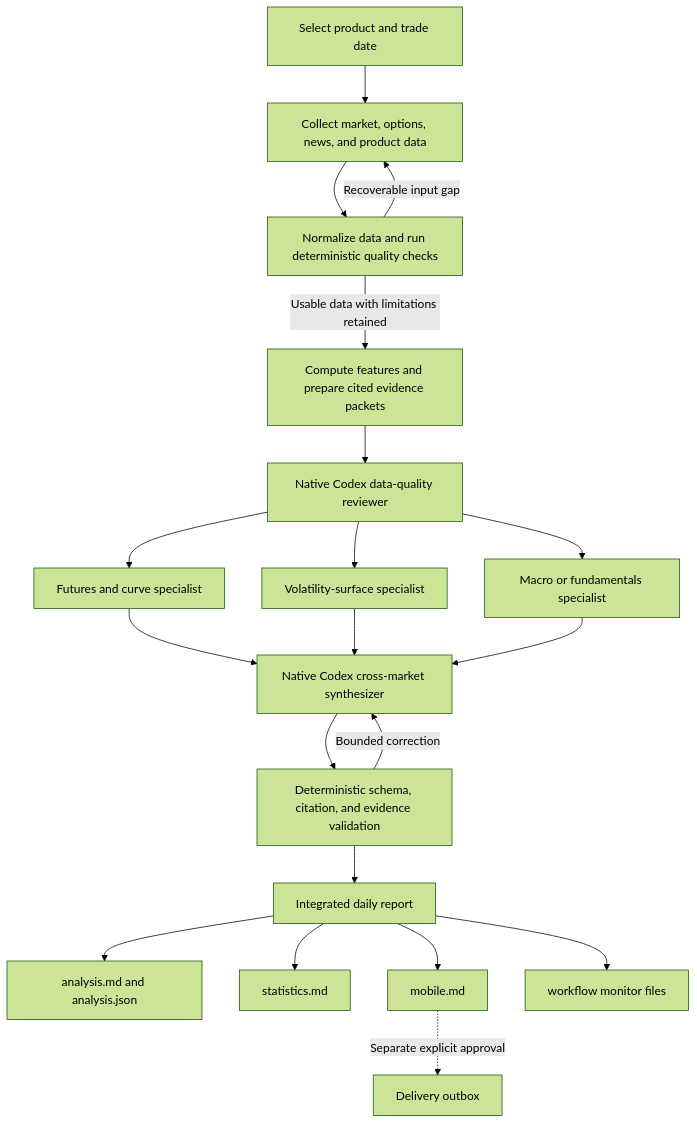
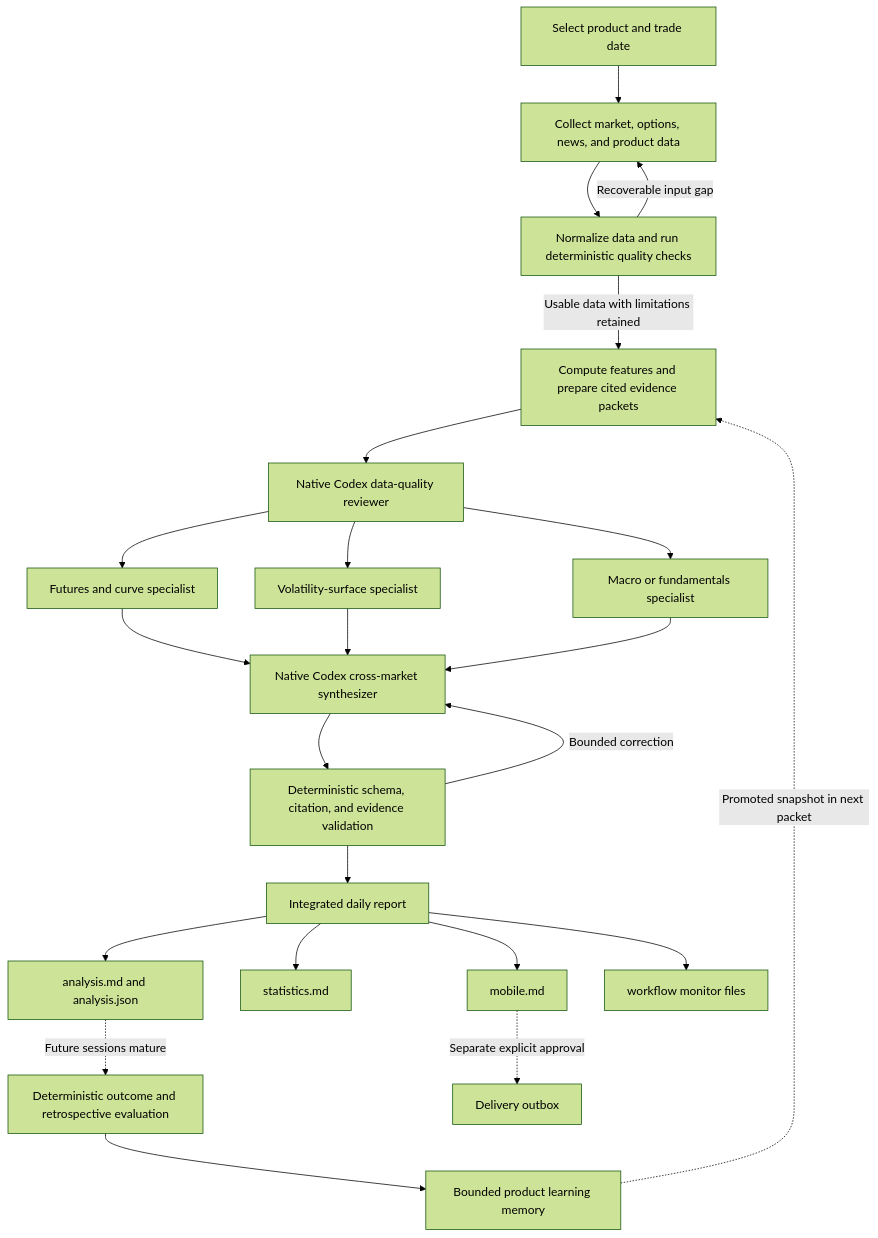
Before and after one commit to fangxuyi/curvelens-core: the diagram in README.md, drawn with Mermaid (forest theme). The commit also changed other lines of this file and 13 other files, not shown here.

````diff
--- a/README.md
+++ b/README.md
@@ -30,26 +30,29 @@
 ```mermaid
 flowchart TD
     A[Select product and trade date] --> B[Collect market, options, news, and product data]
     B --> C[Normalize data and run deterministic quality checks]
     C -->|Recoverable input gap| B
     C -->|Usable data with limitations retained| D[Compute features and prepare cited evidence packets]
 
     D --> Q[Native Codex data-quality reviewer]
     Q --> F[Futures and curve specialist]
     Q --> V[Volatility-surface specialist]
     Q --> P[Macro or fundamentals specialist]
 
     F --> S[Native Codex cross-market synthesizer]
     V --> S
     P --> S
 
     S --> G[Deterministic schema, citation, and evidence validation]
     G -->|Bounded correction| S
     G --> R[Integrated daily report]
 
     R --> O1[analysis.md and analysis.json]
     R --> O2[statistics.md]
     R --> O3[mobile.md]
     R --> O4[workflow monitor files]
+    O1 -. Future sessions mature .-> L1[Deterministic outcome and retrospective evaluation]
+    L1 --> L2[Bounded product learning memory]
+    L2 -. Promoted snapshot in next packet .-> D
     O3 -. Separate explicit approval .-> O5[Delivery outbox]
 ```
````
